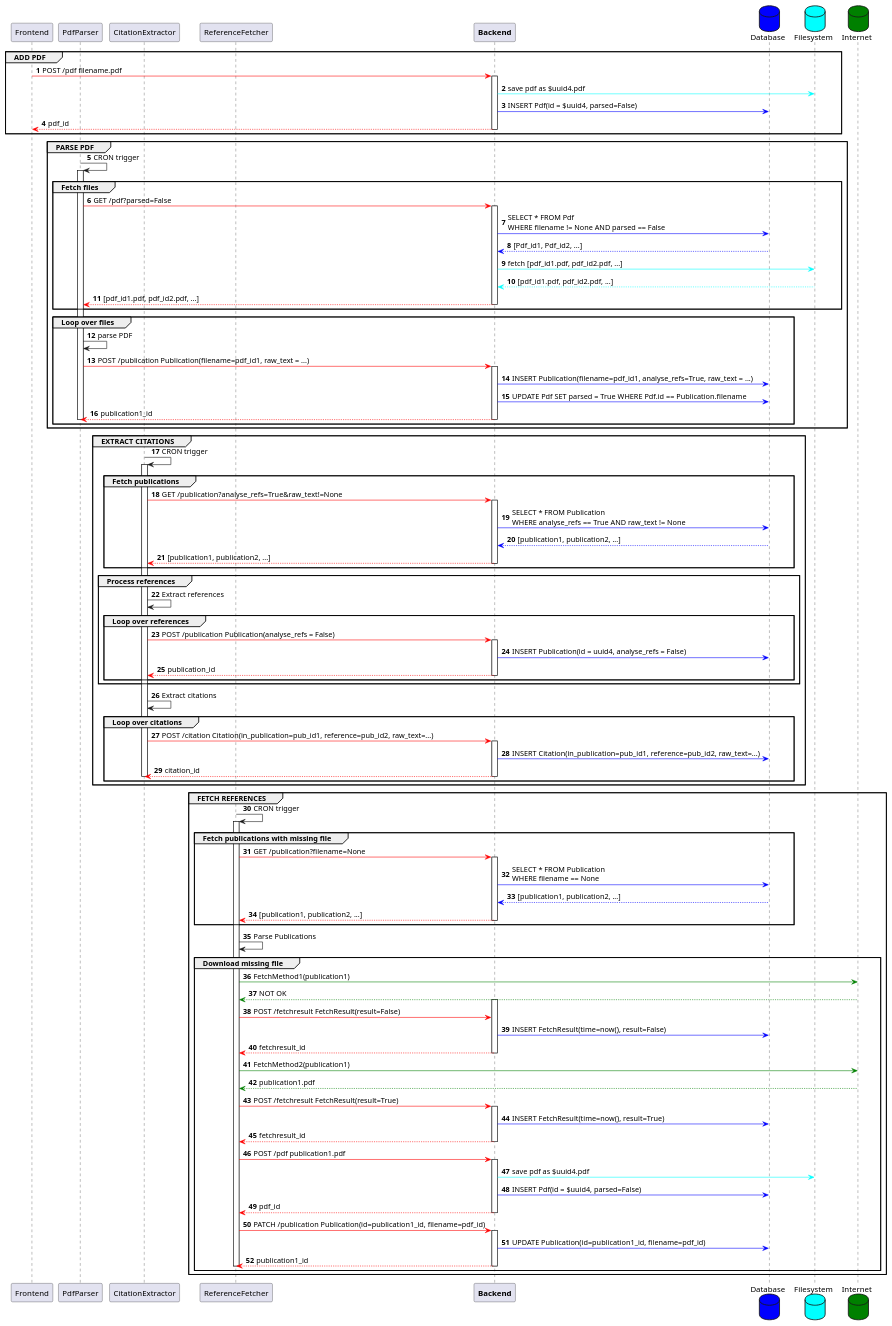
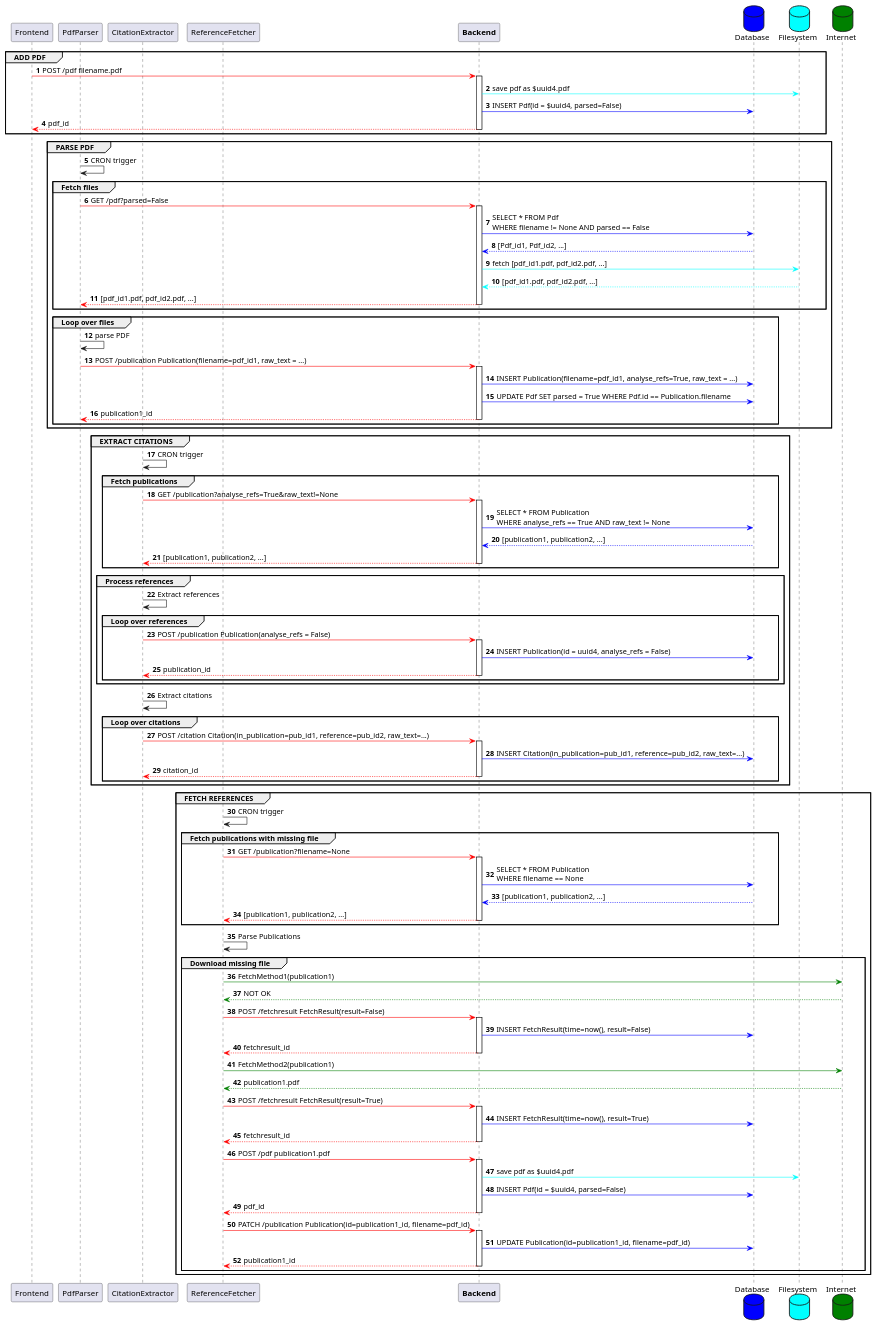
The diagram in docs/process_flow_cron.puml (ouspg/refhandler), drawn with PlantUML before and after one commit. The commit also changed 1 other file, not shown here.

```diff
--- a/docs/process_flow_cron.puml
+++ b/docs/process_flow_cron.puml
@@ -1,133 +1,116 @@
 @startuml process flow with cron
 autonumber
 
 participant Frontend as f
 participant PdfParser as pdfp
 participant CitationExtractor as ce
 participant ReferenceFetcher as rf
 
 participant "**Backend**" as b
 database    Database   as db #Blue
 database    Filesystem as fs #Cyan
 database    Internet as internet #Green
 
 
 group ADD PDF
 
 f -[#Red]> b: POST /pdf filename.pdf
 activate b
 b -[#Cyan]> fs: save pdf as $uuid4.pdf
 b -[#Blue]> db: INSERT Pdf(id = $uuid4, parsed=False)
-b --[#Red]> f: pdf_id
-deactivate b
+return pdf_id
 end
 
 group PARSE PDF
 pdfp -> pdfp: CRON trigger
-activate pdfp
 group Fetch files
 pdfp -[#Red]> b: GET /pdf?parsed=False
 activate b
 b -[#Blue]> db: SELECT * FROM Pdf \nWHERE filename != None AND parsed == False
 db --[#Blue]> b: [Pdf_id1, Pdf_id2, ...]
 b -[#Cyan]> fs: fetch [pdf_id1.pdf, pdf_id2.pdf, ...]
 fs --[#Cyan]> b: [pdf_id1.pdf, pdf_id2.pdf, ...]
-b --[#Red]> pdfp: [pdf_id1.pdf, pdf_id2.pdf, ...]
-deactivate b
+return [pdf_id1.pdf, pdf_id2.pdf, ...]
 end
 
 group Loop over files
 pdfp -> pdfp: parse PDF
 pdfp -[#Red]> b: POST /publication Publication(filename=pdf_id1, raw_text = ...)
 activate b
 b -[#Blue]> db: INSERT Publication(filename=pdf_id1, analyse_refs=True, raw_text = ...)
 b -[#Blue]> db: UPDATE Pdf SET parsed = True WHERE Pdf.id == Publication.filename
-b --[#Red]> pdfp: publication1_id
-deactivate b
-deactivate pdfp
+return publication1_id
 end
 end
 
 
 group EXTRACT CITATIONS
 ce -> ce: CRON trigger
-activate ce
 
 group Fetch publications
 ce -[#Red]> b: GET /publication?analyse_refs=True&raw_text!=None
 activate b
 b -[#Blue]> db: SELECT * FROM Publication \nWHERE analyse_refs == True AND raw_text != None
 db --[#Blue]> b: [publication1, publication2, ...]
-b --[#Red]> ce: [publication1, publication2, ...]
-deactivate b
+return [publication1, publication2, ...]
 end
 
 group Process references
 ce -> ce: Extract references
 group Loop over references
 ce -[#Red]> b: POST /publication Publication(analyse_refs = False)
 activate b
 b -[#Blue]> db: INSERT Publication(id = uuid4, analyse_refs = False)
-b --[#Red]> ce: publication_id
-deactivate b
+return publication_id
 end
 end
 
 ce -> ce: Extract citations
 group Loop over citations
 ce -[#Red]> b: POST /citation Citation(in_publication=pub_id1, reference=pub_id2, raw_text=...)
 activate b
 b -[#Blue]> db: INSERT Citation(in_publication=pub_id1, reference=pub_id2, raw_text=...)
-b --[#Red]> ce: citation_id
-deactivate b
-deactivate ce
+return citation_id
 end
 end
 
 group FETCH REFERENCES
 rf -> rf: CRON trigger
-activate rf
 group Fetch publications with missing file
 rf -[#Red]> b: GET /publication?filename=None
 activate b
 b -[#Blue]> db: SELECT * FROM Publication \nWHERE filename == None
 db --[#Blue]> b: [publication1, publication2, ...]
-b --[#Red]> rf: [publication1, publication2, ...]
-deactivate b
+return [publication1, publication2, ...]
 end
+
 rf -> rf: Parse Publications
-
 group Download missing file
 rf -[#Green]> internet: FetchMethod1(publication1)
-internet --[#Green]> rf: NOT OK
+return NOT OK
+rf -[#Red]> b: POST /fetchresult FetchResult(result=False)
 activate b
-rf -[#Red]> b: POST /fetchresult FetchResult(result=False)
 b -[#Blue]> db: INSERT FetchResult(time=now(), result=False)
-b --[#Red]> rf: fetchresult_id
-deactivate b
+return fetchresult_id
 
 rf -[#Green]> internet: FetchMethod2(publication1)
-internet --[#Green]> rf: publication1.pdf
+return publication1.pdf
 rf -[#Red]> b: POST /fetchresult FetchResult(result=True)
 activate b
 b -[#Blue]> db: INSERT FetchResult(time=now(), result=True)
-b --[#Red]> rf: fetchresult_id
-deactivate b
+return fetchresult_id
 
 rf -[#Red]> b: POST /pdf publication1.pdf
 activate b
 b -[#Cyan]> fs: save pdf as $uuid4.pdf
 b -[#Blue]> db: INSERT Pdf(id = $uuid4, parsed=False)
-b --[#Red]> rf: pdf_id
-deactivate b
+return pdf_id
 
 rf -[#Red]> b: PATCH /publication Publication(id=publication1_id, filename=pdf_id)
 activate b
 b -[#Blue]> db: UPDATE Publication(id=publication1_id, filename=pdf_id)
-b --[#Red]> rf: publication1_id
-deactivate b
-deactivate rf
+return publication1_id
 end
 end
 
 @enduml
```
